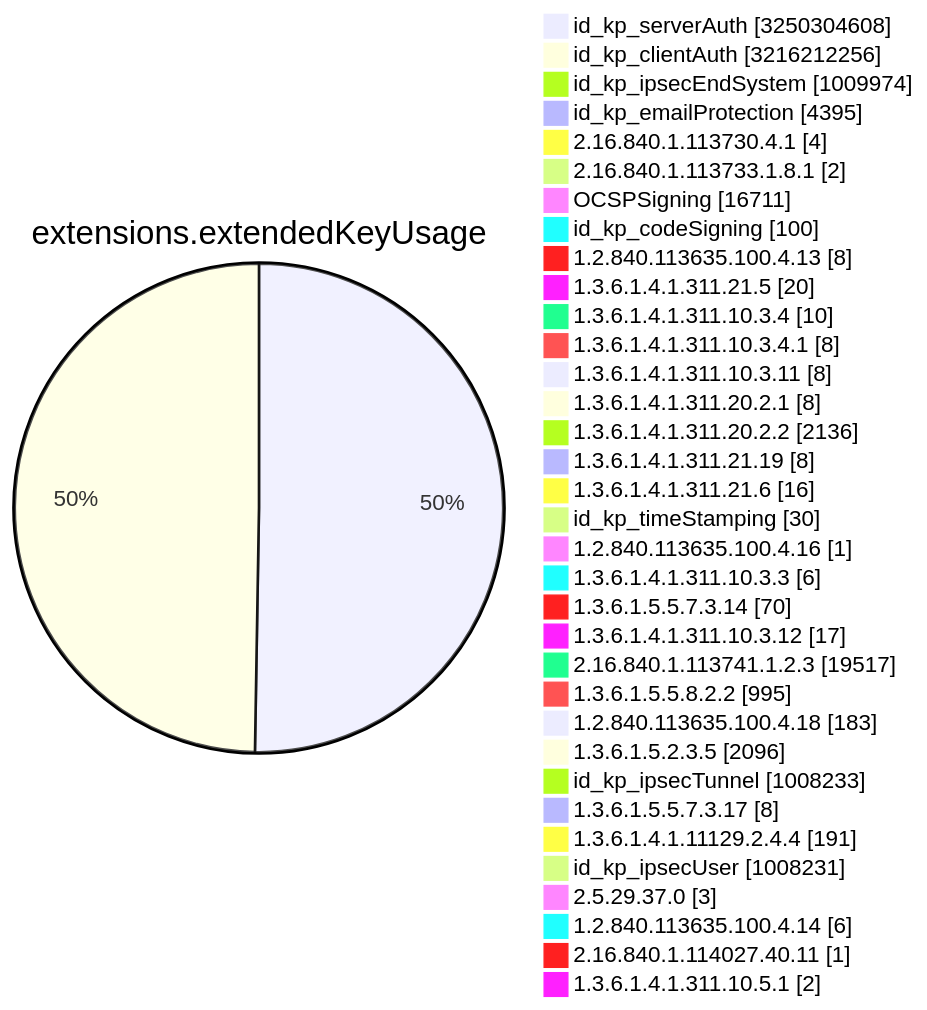
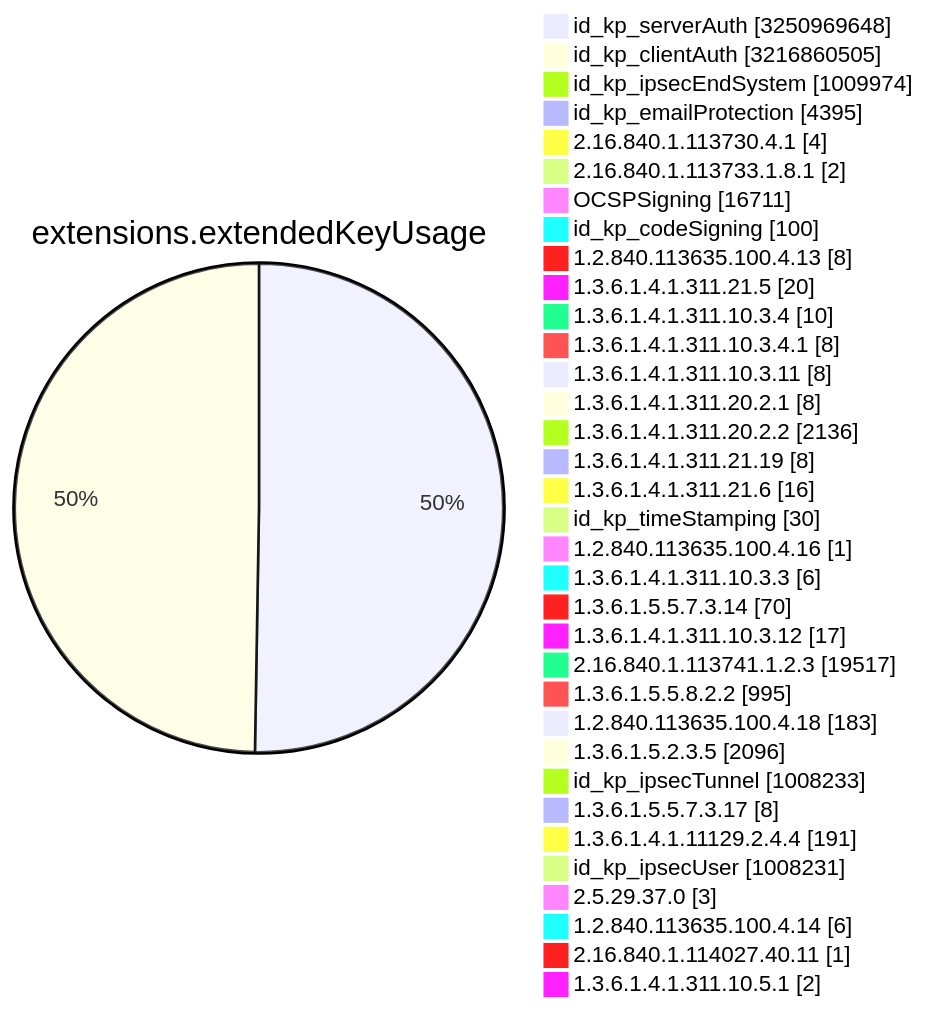
Before and after one commit to christiankrug/ctmonitor_visualization: diagram 11 of 15 in TOTAL/README.md, drawn with Mermaid. The commit also changed other lines of this file, not shown here.

````diff
--- a/TOTAL/README.md
+++ b/TOTAL/README.md
@@ -4119,38 +4119,38 @@
 ```mermaid
 pie showData
 title extensions.extendedKeyUsage
-"id_kp_serverAuth" :3250304608
-"id_kp_clientAuth" :3216212256
+"id_kp_serverAuth" :3250969648
+"id_kp_clientAuth" :3216860505
 "id_kp_ipsecEndSystem" :1009974
 "id_kp_emailProtection" :4395
 "2.16.840.1.113730.4.1" :4
 "2.16.840.1.113733.1.8.1" :2
 "OCSPSigning" :16711
 "id_kp_codeSigning" :100
 "1.2.840.113635.100.4.13" :8
 "1.3.6.1.4.1.311.21.5" :20
 "1.3.6.1.4.1.311.10.3.4" :10
 "1.3.6.1.4.1.311.10.3.4.1" :8
 "1.3.6.1.4.1.311.10.3.11" :8
 "1.3.6.1.4.1.311.20.2.1" :8
 "1.3.6.1.4.1.311.20.2.2" :2136
 "1.3.6.1.4.1.311.21.19" :8
 "1.3.6.1.4.1.311.21.6" :16
 "id_kp_timeStamping" :30
 "1.2.840.113635.100.4.16" :1
 "1.3.6.1.4.1.311.10.3.3" :6
 "1.3.6.1.5.5.7.3.14" :70
 "1.3.6.1.4.1.311.10.3.12" :17
 "2.16.840.1.113741.1.2.3" :19517
 "1.3.6.1.5.5.8.2.2" :995
 "1.2.840.113635.100.4.18" :183
 "1.3.6.1.5.2.3.5" :2096
 "id_kp_ipsecTunnel" :1008233
 "1.3.6.1.5.5.7.3.17" :8
 "1.3.6.1.4.1.11129.2.4.4" :191
 "id_kp_ipsecUser" :1008231
 "2.5.29.37.0" :3
 "1.2.840.113635.100.4.14" :6
 "2.16.840.1.114027.40.11" :1
 "1.3.6.1.4.1.311.10.5.1" :2
 ```
````
